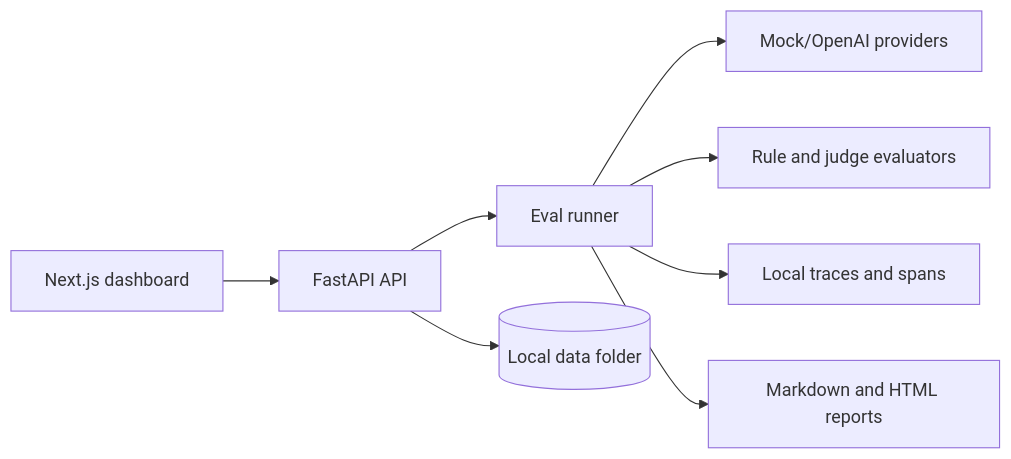
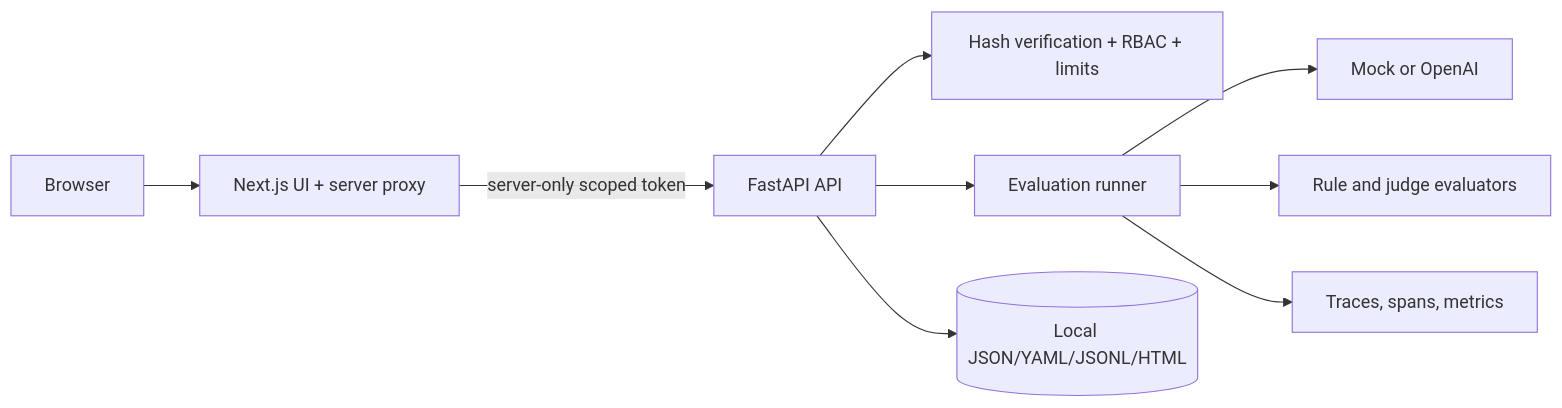
One commit to KarthikRamesh9149/AgentOps-Evaluation-Observability-Studio changed the diagram in README.md. Above: the diagram before and after it, drawn with Mermaid. The commit also changed other lines of this file and 10 other files, not shown here.

Commit message:
security: add scoped token authorization

````diff
--- a/README.md
+++ b/README.md
@@ -42,10 +25,11 @@
 ```mermaid
 flowchart LR
-  UI[Next.js dashboard] --> API[FastAPI API]
-  API --> Runner[Eval runner]
-  Runner --> Providers[Mock/OpenAI providers]
-  Runner --> Evaluators[Rule and judge evaluators]
-  Runner --> Traces[Local traces and spans]
-  Runner --> Reports[Markdown and HTML reports]
-  API --> Files[(Local data folder)]
+  Browser["Browser"] --> UI["Next.js UI + server proxy"]
+  UI -->|"server-only scoped token"| API["FastAPI API"]
+  API --> Auth["Hash verification + RBAC + limits"]
+  API --> Runner["Evaluation runner"]
+  Runner --> Provider["Mock or OpenAI"]
+  Runner --> Evaluators["Rule and judge evaluators"]
+  Runner --> Trace["Traces, spans, metrics"]
+  API --> Store[("Local JSON/YAML/JSONL/HTML")]
 ```
````
